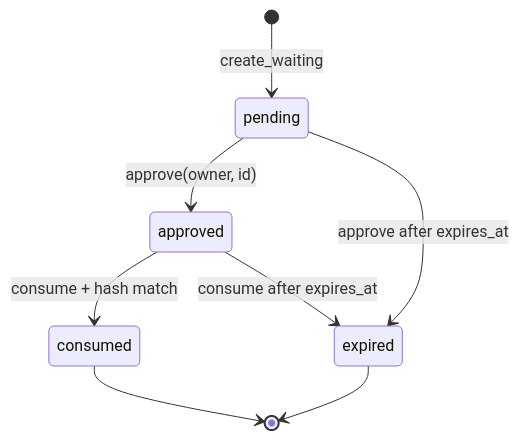
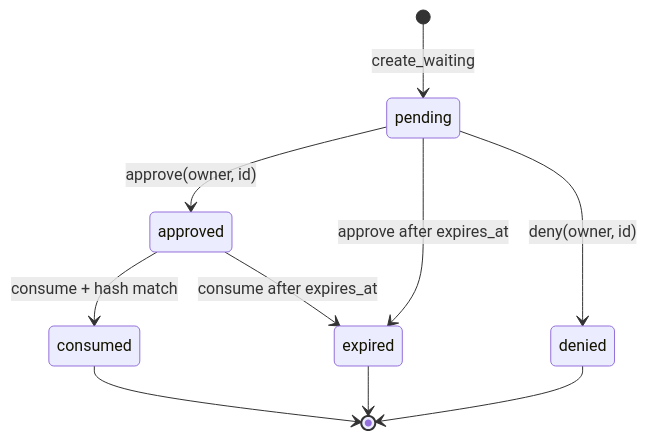
The third of 6 diagrams in docs/engineering/phase-2/approval-lifecycle.md (NEDONION/lobster0), drawn with Mermaid before and after one commit. The commit also changed other lines of this file and 17 other files, not shown here.

````diff
--- a/docs/engineering/phase-2/approval-lifecycle.md
+++ b/docs/engineering/phase-2/approval-lifecycle.md
@@ -117,10 +117,12 @@
 ```mermaid
 stateDiagram-v2
     [*] --> pending: create_waiting
     pending --> approved: approve(owner, id)
     pending --> expired: approve after expires_at
     approved --> consumed: consume + hash match
     approved --> expired: consume after expires_at
+    pending --> denied: deny(owner, id)
     consumed --> [*]
+    denied --> [*]
     expired --> [*]
 ```
````
